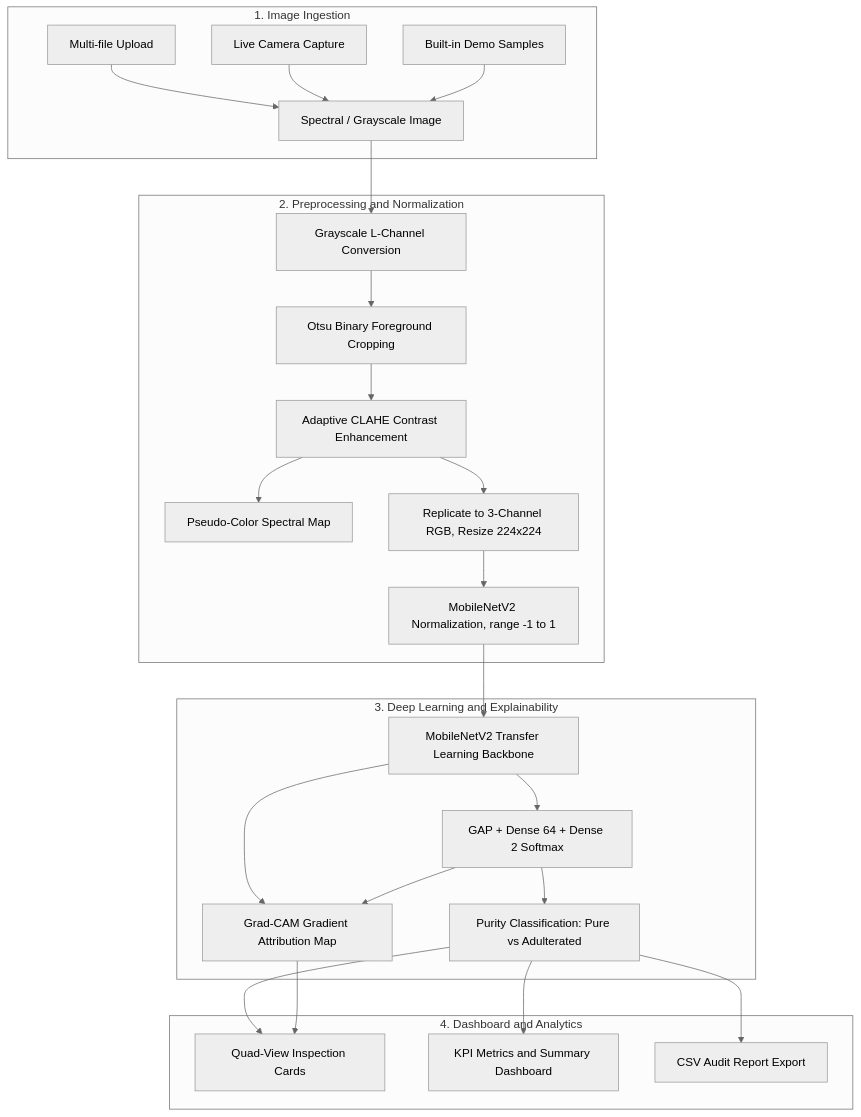
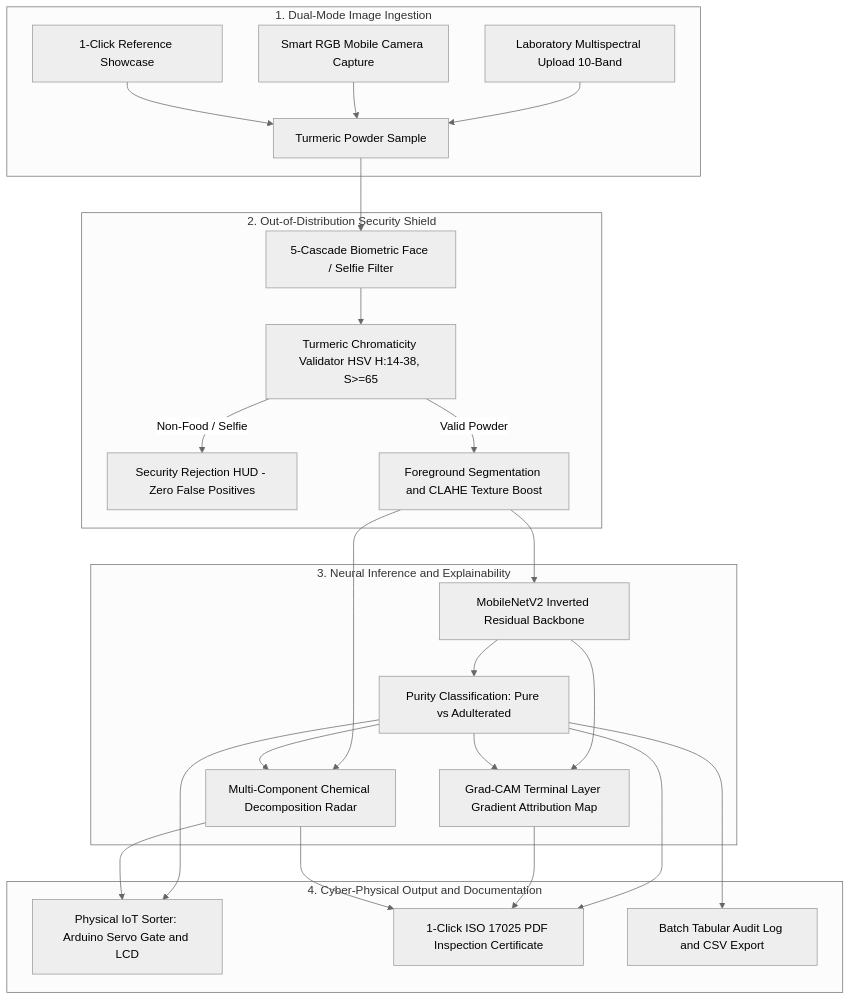
Before and after one commit to monishms2128/turmeriscan-ai-2.0: the diagram in README.md, drawn with Mermaid (neutral theme). The commit also changed other lines of this file and 1 other file, not shown here.

````diff
--- a/README.md
+++ b/README.md
@@ -28,31 +33,29 @@
 ```mermaid
 flowchart TD
-    subgraph Input["1. Image Ingestion"]
-        A[Spectral / Grayscale Image]
-        A1[Multi-file Upload] --> A
-        A2[Live Camera Capture] --> A
-        A3[Built-in Demo Samples] --> A
+    subgraph Ingestion["1. Dual-Mode Image Ingestion"]
+        A[Turmeric Powder Sample]
+        A1[Laboratory Multispectral Upload 10-Band] --> A
+        A2[Smart RGB Mobile Camera Capture] --> A
+        A3[1-Click Reference Showcase] --> A
     end
 
-    subgraph Preprocess["2. Preprocessing and Normalization"]
-        A --> B[Grayscale L-Channel Conversion]
-        B --> C[Otsu Binary Foreground Cropping]
-        C --> D[Adaptive CLAHE Contrast Enhancement]
-        D --> E[Pseudo-Color Spectral Map]
-        D --> F[Replicate to 3-Channel RGB, Resize 224x224]
-        F --> G[MobileNetV2 Normalization, range -1 to 1]
+    subgraph Defense["2. Out-of-Distribution Security Shield"]
+        A --> B[5-Cascade Biometric Face / Selfie Filter]
+        B --> C[Turmeric Chromaticity Validator HSV H:14-38, S>=65]
+        C -->|Non-Food / Selfie| REJ[Security Rejection HUD - Zero False Positives]
+        C -->|Valid Powder| D[Foreground Segmentation and CLAHE Texture Boost]
     end
 
-    subgraph Inference["3. Deep Learning and Explainability"]
-        G --> H[MobileNetV2 Transfer Learning Backbone]
-        H --> I[GAP + Dense 64 + Dense 2 Softmax]
-        I --> J[Purity Classification: Pure vs Adulterated]
-        H & I --> K[Grad-CAM Gradient Attribution Map]
+    subgraph DeepLearning["3. Neural Inference and Explainability"]
+        D --> E[MobileNetV2 Inverted Residual Backbone]
+        E --> F[Purity Classification: Pure vs Adulterated]
+        E & F --> G[Grad-CAM Terminal Layer Gradient Attribution Map]
+        D & F --> H[Multi-Component Chemical Decomposition Radar]
     end
 
-    subgraph Output["4. Dashboard and Analytics"]
-        J & K --> L[Quad-View Inspection Cards]
-        J --> M[KPI Metrics and Summary Dashboard]
-        J --> N[CSV Audit Report Export]
+    subgraph Actuation["4. Cyber-Physical Output and Documentation"]
+        F & H --> I[Physical IoT Sorter: Arduino Servo Gate and LCD]
+        F & G & H --> J[1-Click ISO 17025 PDF Inspection Certificate]
+        F --> K[Batch Tabular Audit Log and CSV Export]
     end
 ```
````
